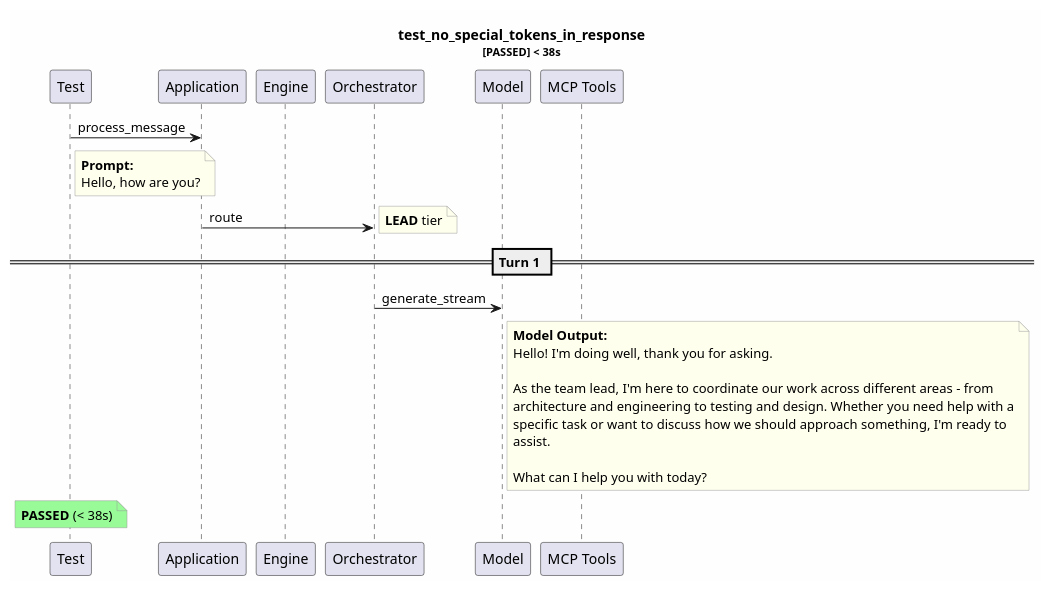
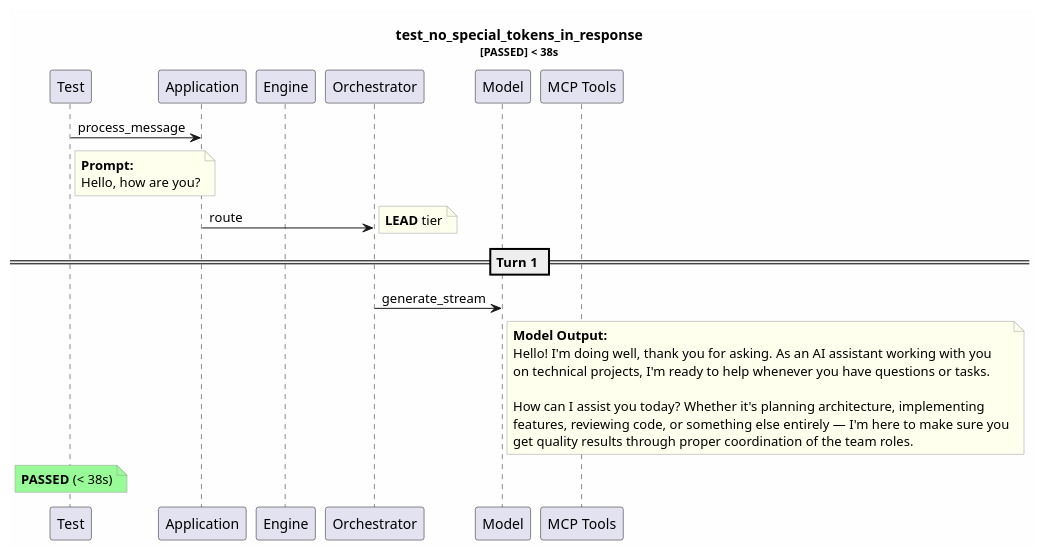
The diagram in test-reports/logs/test_no_special_tokens_in_response/test_no_special_tokens_in_response.puml (tvanfossen/entropic), drawn with PlantUML before and after one commit. The commit also changed 12 other files, not shown here.

```diff
--- a/test-reports/logs/test_no_special_tokens_in_response/test_no_special_tokens_in_response.puml
+++ b/test-reports/logs/test_no_special_tokens_in_response/test_no_special_tokens_in_response.puml
@@ -1,38 +1,36 @@
 @startuml
 skinparam backgroundColor #FEFEFE
 skinparam noteBorderColor #999999
 skinparam noteBackgroundColor #FFFFEE
 title test_no_special_tokens_in_response\n<size:11>[PASSED] < 38s</size>
 
 participant "Test" as T
 participant "Application" as App
 participant "Engine" as Eng
 participant "Orchestrator" as Orch
 participant "Model" as Mdl
 participant "MCP Tools" as MCP
 
 T -> App: process_message
 note right of T
   **Prompt:**
   Hello, how are you?
 end note
 App -> Orch: route
 note right: **LEAD** tier
 == Turn 1 ==
 Orch -> Mdl: generate_stream
 note right of Mdl
   **Model Output:**
-  Hello! I'm doing well, thank you for asking. 
+  Hello! I'm doing well, thank you for asking. As an AI assistant working with you
+  on technical projects, I'm ready to help whenever you have questions or tasks.
   
-  As the team lead, I'm here to coordinate our work across different areas - from 
-  architecture and engineering to testing and design. Whether you need help with a
-  specific task or want to discuss how we should approach something, I'm ready to 
-  assist.
-  
-  What can I help you with today?
+  How can I assist you today? Whether it's planning architecture, implementing 
+  features, reviewing code, or something else entirely — I'm here to make sure you
+  get quality results through proper coordination of the team roles.
 end note
 note over T #palegreen
   **PASSED** (< 38s)
 end note
 
 @enduml
```
